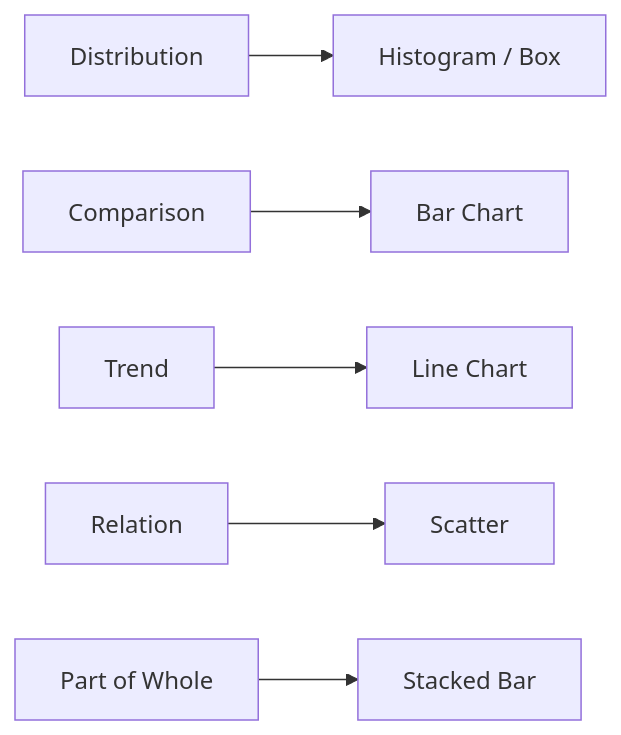
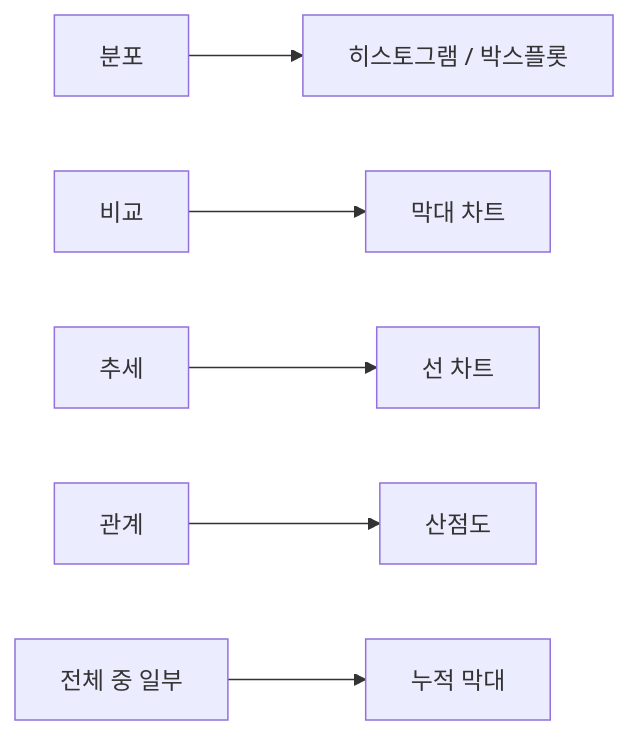
One commit to yeongseon-books/book-content changed the diagram in content/data-science-101/ko/06-visualization.md. Above: the diagram before and after it, drawn with Mermaid. The commit also changed other lines of this file and 9 other files, not shown here.

````diff
--- a/content/data-science-101/ko/06-visualization.md
+++ b/content/data-science-101/ko/06-visualization.md
@@ -35,8 +47,8 @@
 ```mermaid
 flowchart LR
-    Dist["Distribution"] --> Hist["Histogram / Box"]
-    Comp["Comparison"] --> Bar["Bar Chart"]
-    Trend["Trend"] --> Line["Line Chart"]
-    Rel["Relation"] --> Scatter["Scatter"]
-    Part["Part of Whole"] --> Stack["Stacked Bar"]
+    Dist["분포"] --> Hist["히스토그램 / 박스플롯"]
+    Comp["비교"] --> Bar["막대 차트"]
+    Trend["추세"] --> Line["선 차트"]
+    Rel["관계"] --> Scatter["산점도"]
+    Part["전체 중 일부"] --> Stack["누적 막대"]
 ```
````
